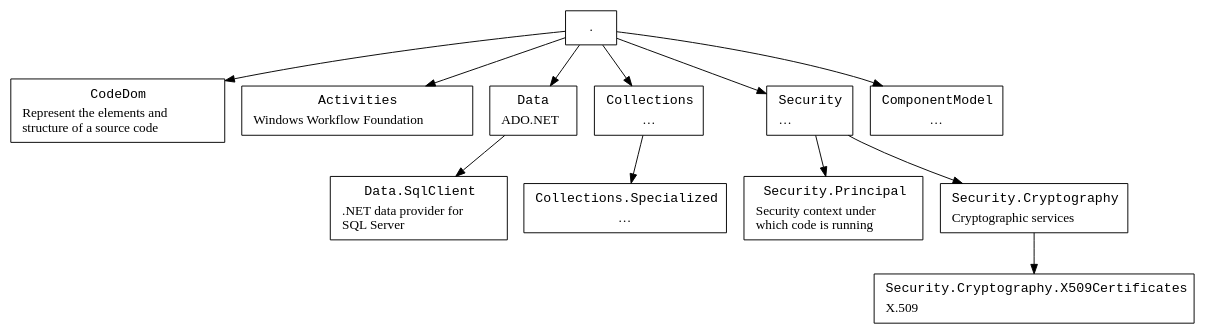
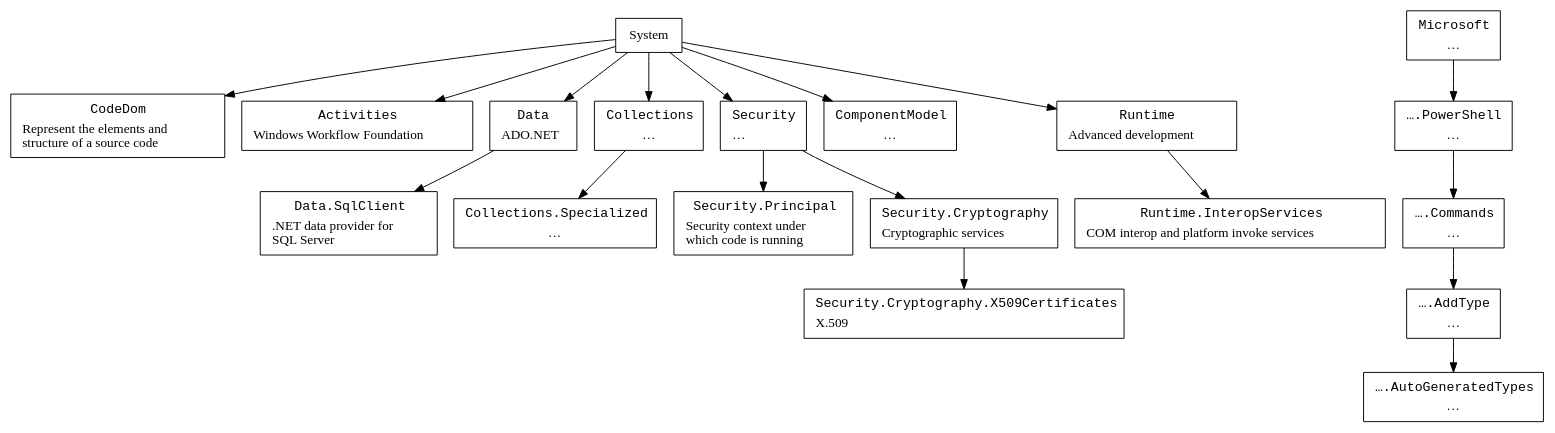
Before and after one commit to ReneNyffenegger/temp-dotNet: the diagram in namespaces/namespace-hierarchy.dot, drawn with Graphviz. The commit also changed 11 other files, not shown here.

```diff
--- a/namespaces/namespace-hierarchy.dot
+++ b/namespaces/namespace-hierarchy.dot
@@ -1,32 +1,68 @@
 digraph hierarchy {
 
    node [ shape=box ]
 
-   System [ label = "." ];
+   System [ label = "System" ];
+   Microsoft        [ label=< <table border="0"><tr><td align="text"><font face="Courier">Microsoft</font></td></tr><tr><td>…<br align="left"/></td></tr></table> > ];
+
    CodeDom        [ label=< <table border="0"><tr><td align="text"><font face="Courier">CodeDom</font></td></tr><tr><td>Represent the elements and<br align="left"/>structure of a source code<br align="left"/></td></tr></table> > ];
    Activities     [ label=< <table border="0"><tr><td align="text"><font face="Courier">Activities</font></td></tr><tr><td>Windows Workflow Foundation<br align="left"/></td></tr></table> > ];
    Data           [ label=< <table border="0"><tr><td align="text"><font face="Courier">Data</font></td></tr><tr><td>ADO.NET</td></tr></table> > ];
    Collections    [ label=< <table border="0"><tr><td align="text"><font face="Courier">Collections</font></td></tr><tr><td>…</td></tr></table> > ];
    Collections_Specialized    [ label=< <table border="0"><tr><td align="text"><font face="Courier">Collections.Specialized</font></td></tr><tr><td>…</td></tr></table> > ];
    Data_SqlClient [ label=< <table border="0"><tr><td align="text"><font face="Courier">Data.SqlClient</font></td></tr><tr><td align="text">.NET data provider for<br align="left"/>SQL Server<br align="left"/></td></tr></table> > ];
    Security       [ label=< <table border="0"><tr><td align="text"><font face="Courier">Security</font></td></tr><tr><td align="text">…<br align="left"/></td></tr></table> > ];
    Security_Principal  [ label=< <table border="0"><tr><td align="text"><font face="Courier">Security.Principal</font></td></tr><tr><td align="text">Security context under<br align="left"/>which code is running<br align="left"/></td></tr></table> > ];
    Security_Cryptography  [ label=< <table border="0"><tr><td align="text"><font face="Courier">Security.Cryptography</font></td></tr><tr><td align="text">Cryptographic services<br align="left"/></td></tr></table> > ];
    Security_Cryptography_X509Certificates  [ label=< <table border="0"><tr><td align="text"><font face="Courier">Security.Cryptography.X509Certificates</font></td></tr><tr><td align="text">X.509<br align="left"/></td></tr></table> > ];
    System_ComponentModel [ label=< <table border="0"><tr><td align="text"><font face="Courier">ComponentModel</font></td></tr><tr><td>…</td></tr></table> > ];
+   
+
+   Runtime [ label=< <table border="0">
+                             <tr><td align="text"><font face="Courier">Runtime</font></td></tr>
+                             <tr><td>Advanced development</td></tr></table> > ];
+
+   Runtime_Interop [ label=< <table border="0">
+                             <tr><td align="text"><font face="Courier">Runtime.InteropServices</font></td></tr>
+                             <tr><td>COM interop and platform invoke services</td></tr></table> > ];
+
+
+   Microsoft_PowerShell [ label=< <table border="0">
+                             <tr><td align="text"><font face="Courier">….PowerShell</font></td></tr>
+                             <tr><td>…</td></tr></table> > ];
+
+   Microsoft_PowerShell_Commands [ label=< <table border="0">
+                             <tr><td align="text"><font face="Courier">….Commands</font></td></tr>
+                             <tr><td>…</td></tr></table> > ];
+
+   Microsoft_PowerShell_Commands_AddType [ label=< <table border="0">
+                             <tr><td align="text"><font face="Courier">….AddType</font></td></tr>
+                             <tr><td>…</td></tr></table> > ];
+
+   Microsoft_PowerShell_Commands_AddType_AutoGeneratedTypes [ label=< <table border="0">
+                             <tr><td align="text"><font face="Courier">….AutoGeneratedTypes</font></td></tr>
+                             <tr><td>…</td></tr></table> > ];
 
    System -> CodeDom;
    System -> Activities;
    System -> Data;
    System -> Collections;
    System -> Security;
    System -> System_ComponentModel;
+   System -> Runtime;
+   Runtime -> Runtime_Interop;
    Security -> Security_Principal;
    Security -> Security_Cryptography;
    Security_Cryptography->Security_Cryptography_X509Certificates;
+
 
    Data -> Data_SqlClient;
 
    Collections -> Collections_Specialized;
 
+   Microsoft -> Microsoft_PowerShell;
+   Microsoft_PowerShell-> Microsoft_PowerShell_Commands;
+   Microsoft_PowerShell_Commands -> Microsoft_PowerShell_Commands_AddType;
+   Microsoft_PowerShell_Commands_AddType -> Microsoft_PowerShell_Commands_AddType_AutoGeneratedTypes
+
 }
```
